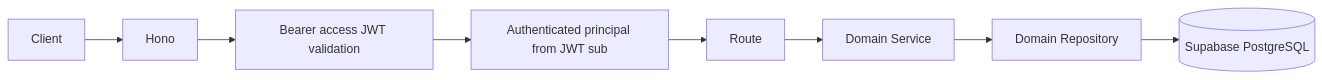
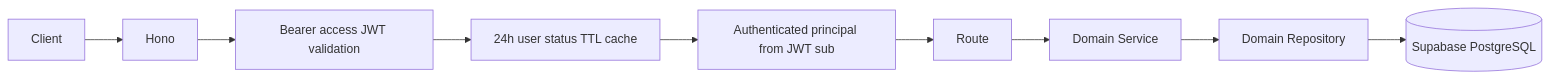
The first of 2 diagrams in docs/architecture/server.md (huiru-wang/fanto), drawn with Mermaid before and after one commit. The commit also changed other lines of this file and 43 other files, not shown here.

````diff
--- a/docs/architecture/server.md
+++ b/docs/architecture/server.md
@@ -22,10 +22,11 @@
 ```mermaid
 flowchart LR
   C[Client] --> H[Hono]
   H --> U[Bearer access JWT validation]
-  U --> P[Authenticated principal from JWT sub]
+  U --> A[24h user status TTL cache]
+  A --> P[Authenticated principal from JWT sub]
   P --> R[Route]
   R --> S[Domain Service]
   S --> D[Domain Repository]
   D --> DB[(Supabase PostgreSQL)]
 ```
````
